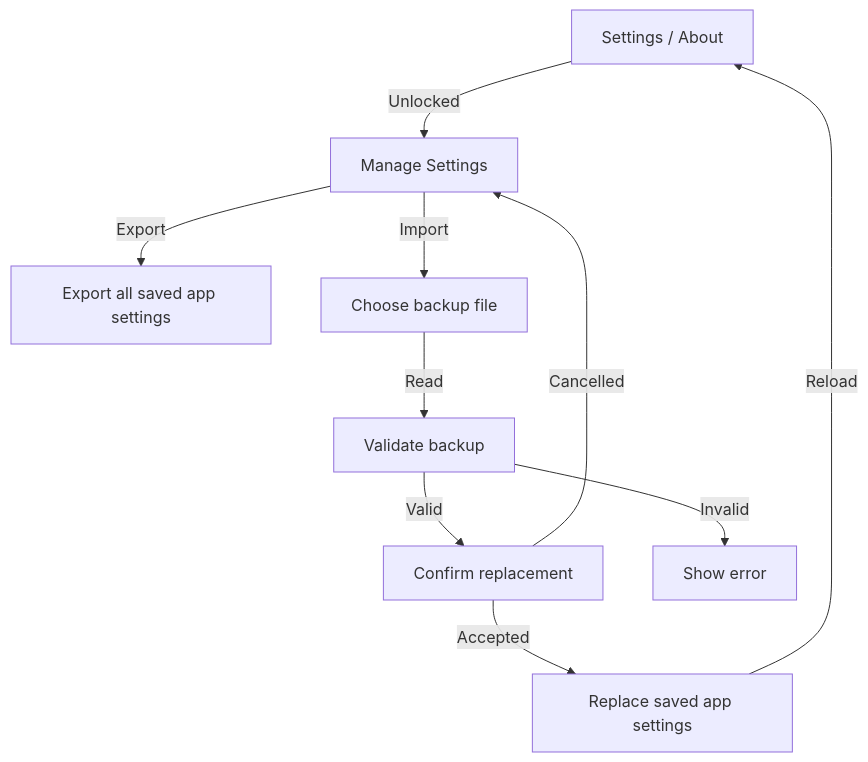
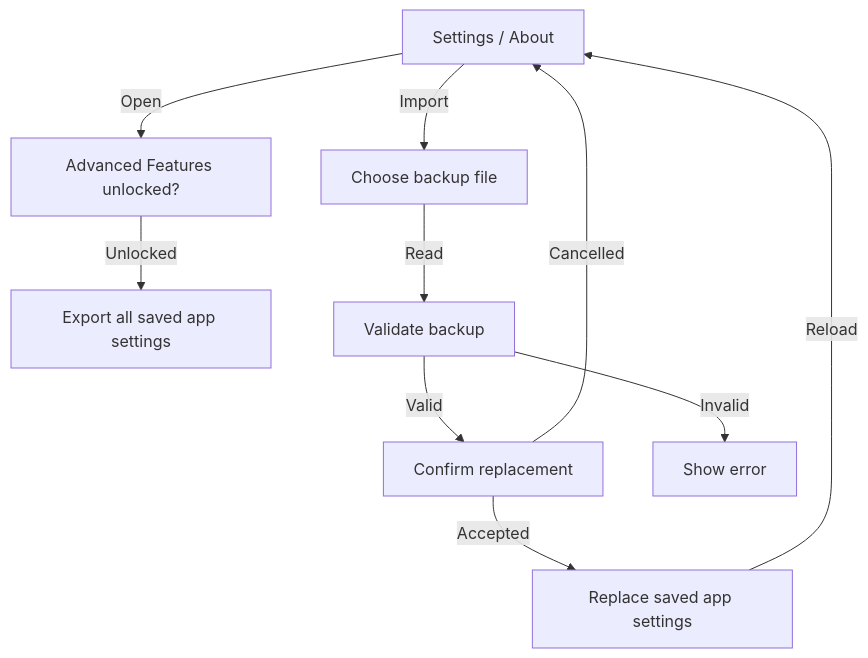
Diagram 23 of 25 in docs/app-map/FLOW-REFERENCE.md (missionode/lite), drawn with Mermaid before and after one commit. The commit also changed other lines of this file and 16 other files, not shown here.

````diff
--- a/docs/app-map/FLOW-REFERENCE.md
+++ b/docs/app-map/FLOW-REFERENCE.md
@@ -1074,20 +1074,20 @@
 ```mermaid
 flowchart TD
-  locked["Settings / About"]
-  open["Manage Settings"]
+  open["Settings / About"]
+  exportgate["Advanced Features unlocked?"]
+  pick["Choose backup file"]
   export["Export all saved app settings"]
-  pick["Choose backup file"]
   validate["Validate backup"]
   confirm["Confirm replacement"]
   replace["Replace saved app settings"]
   invalid["Show error"]
-  locked -->|"Unlocked"| open
-  open -->|"Export"| export
   open -->|"Import"| pick
+  open -->|"Open"| exportgate
+  exportgate -->|"Unlocked"| export
   pick -->|"Read"| validate
   validate -->|"Valid"| confirm
   validate -->|"Invalid"| invalid
   confirm -->|"Accepted"| replace
   confirm -->|"Cancelled"| open
-  replace -->|"Reload"| locked
+  replace -->|"Reload"| open
 ```
````
